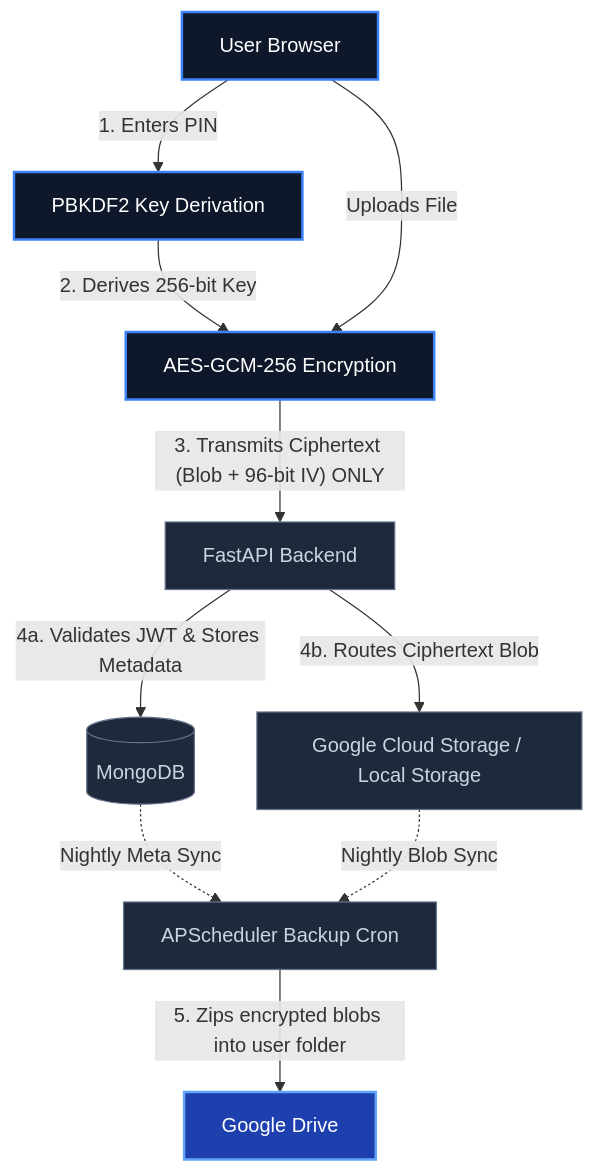
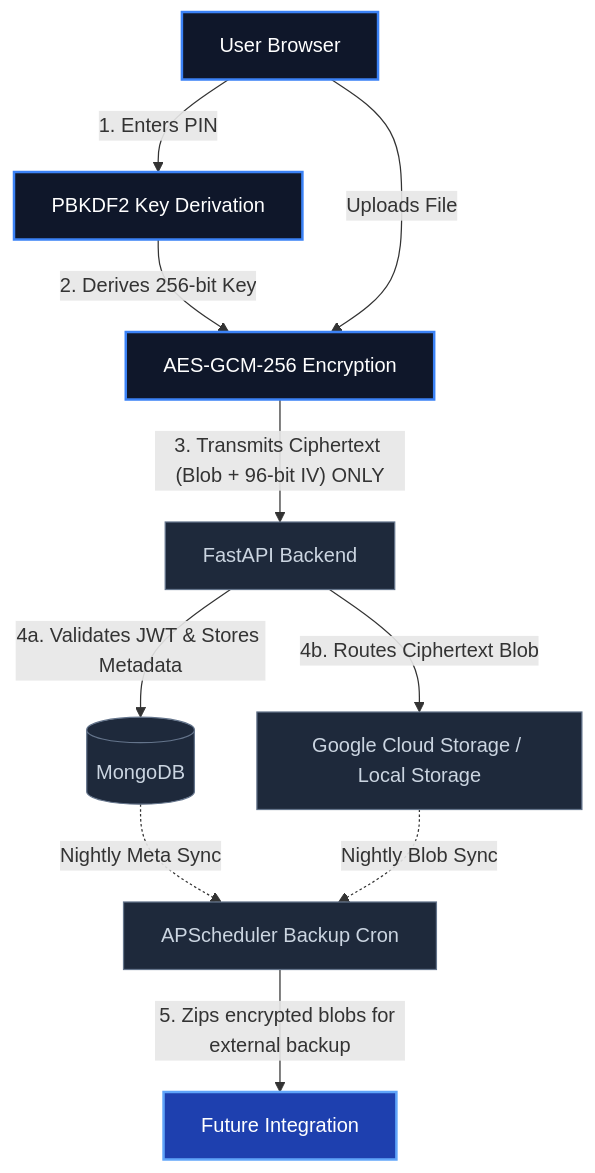
The first of 2 diagrams in README.md (vansh-tambi/Omnimise_Vault), drawn with Mermaid before and after one commit. The commit also changed other lines of this file, not shown here.

Commit message:
refactor: update background tasks section for future integration plans

````diff
--- a/README.md
+++ b/README.md
@@ -48,22 +47,22 @@
 ```mermaid
 flowchart TD
     Browser["User Browser"] -- "1. Enters PIN" --> PBKDF2["PBKDF2 Key Derivation"]
     PBKDF2 -- "2. Derives 256-bit Key" --> Encrypt["AES-GCM-256 Encryption"]
     Browser -- "Uploads File" --> Encrypt
     Encrypt -- "3. Transmits Ciphertext (Blob + 96-bit IV) ONLY" --> API["FastAPI Backend"]
     
     API -- "4a. Validates JWT & Stores Metadata" --> DB[("MongoDB")]
     API -- "4b. Routes Ciphertext Blob" --> Storage["Google Cloud Storage / Local Storage"]
     
     DB -. "Nightly Meta Sync" .-> Cron["APScheduler Backup Cron"]
     Storage -. "Nightly Blob Sync" .-> Cron
-    Cron -- "5. Zips encrypted blobs into user folder" --> GD["Google Drive"]
+   Cron -- "5. Zips encrypted blobs for external backup" --> FI["Future Integration"]
     
     classDef secure fill:#0f172a,stroke:#3b82f6,stroke-width:2px,color:#fff;
     classDef server fill:#1e293b,stroke:#64748b,stroke-width:1px,color:#cbd5e1;
     classDef external fill:#1e40af,stroke:#60a5fa,stroke-width:2px,color:#fff;
     
     class Browser,PBKDF2,Encrypt secure;
     class API,DB,Storage,Cron server;
-    class GD external;
+   class FI external;
 ```
````
